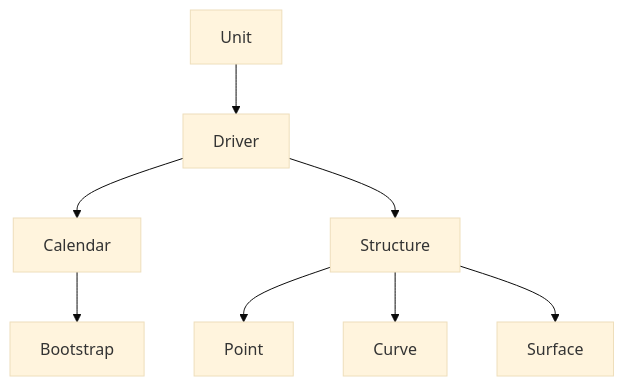
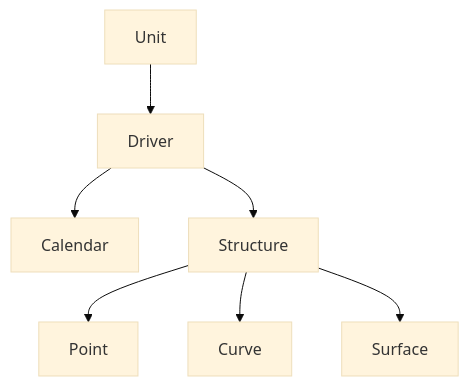
Before and after one commit to tristanvandevelde/finstruct: the diagram in README.md, drawn with Mermaid (base theme).

````diff
--- a/README.md
+++ b/README.md
@@ -26,10 +26,9 @@
 ```mermaid
 graph TD;
     Unit-->Driver;
     Driver-->Calendar;
     Driver-->Structure;
-    Calendar-->Bootstrap;
     Structure-->Point;
     Structure-->Curve;
     Structure-->Surface;
 ```
````
